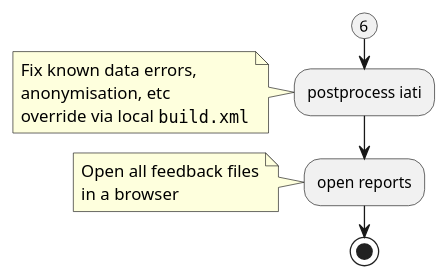
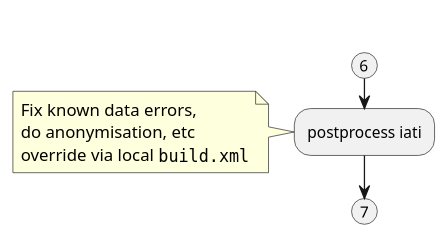
Before and after one commit to zimmerman-team/iati-workbench: the eighth of 9 diagrams in docs/modules/spreadsheets2iati/pages/index.adoc, drawn with PlantUML. The commit also changed other lines of this file, not shown here.

```diff
--- a/docs/modules/spreadsheets2iati/pages/index.adoc
+++ b/docs/modules/spreadsheets2iati/pages/index.adoc
@@ -185,20 +262,15 @@
 [plantuml]
 ....
 @startuml
+skinparam TitleFontColor $divider_main_color
+title In the workspace
 (6)
 :postprocess iati;
 note
   Fix known data errors, 
-  anonymisation, etc
+  do anonymisation, etc
   override via local ""build.xml""
 end note
-
-:open reports;
-note
-  Open all feedback files
-  in a browser
-end note
-
-stop
+(7)
 @enduml
 ....
```
